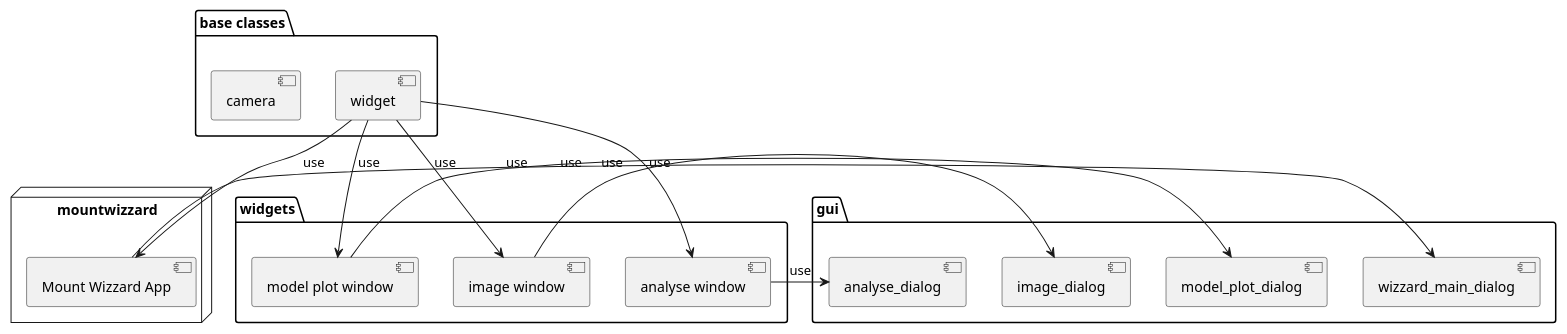
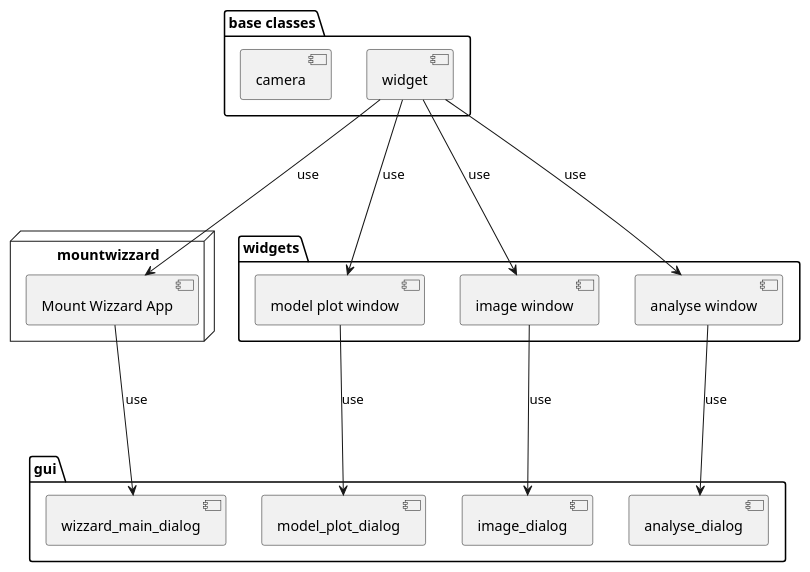
One commit to sayitfast/MountWizzard3 changed the diagram in uml/architecture_gui.puml. Above: the diagram before and after it, drawn with PlantUML. The commit also changed 1 other file, not shown here.

Commit message:
update uml charts

```diff
--- a/uml/architecture_gui.puml
+++ b/uml/architecture_gui.puml
@@ -1,39 +1,39 @@
 @startuml
 
 scale max 1536 width
 hide stereotype
 
 node "mountwizzard" {
     [Mount Wizzard App]
 }
 
 package "widgets" {
    [model plot window]
    [image window]
    [analyse window]
 }
 
 package "gui" {
     [wizzard_main_dialog]
     [model_plot_dialog]
     [image_dialog]
     [analyse_dialog]
 }
 
 package "base classes" {
     [widget]
     [camera]
 }
 
-[widget] --> [Mount Wizzard App] : use
-[widget] --> [model plot window] : use
-[widget] --> [image window] : use
-[widget] --> [analyse window] : use
+[widget] ---> [Mount Wizzard App] : use
+[widget] ---> [model plot window] : use
+[widget] ---> [image window] : use
+[widget] ---> [analyse window] : use
 
-[Mount Wizzard App] -> [wizzard_main_dialog] : use
-[model plot window] ->  [model_plot_dialog] : use
-[image window] -> [image_dialog] : use
-[analyse window] -> [analyse_dialog] : use
+[Mount Wizzard App] ---> [wizzard_main_dialog] : use
+[model plot window] --->  [model_plot_dialog] : use
+[image window] ---> [image_dialog] : use
+[analyse window] ---> [analyse_dialog] : use
 
 
 @enduml
```
